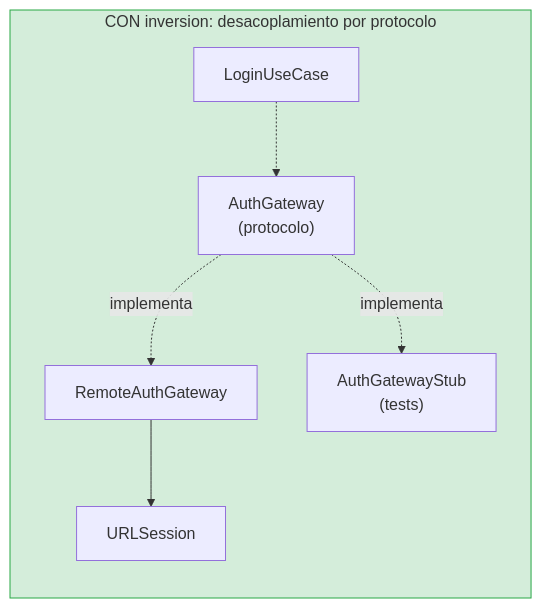
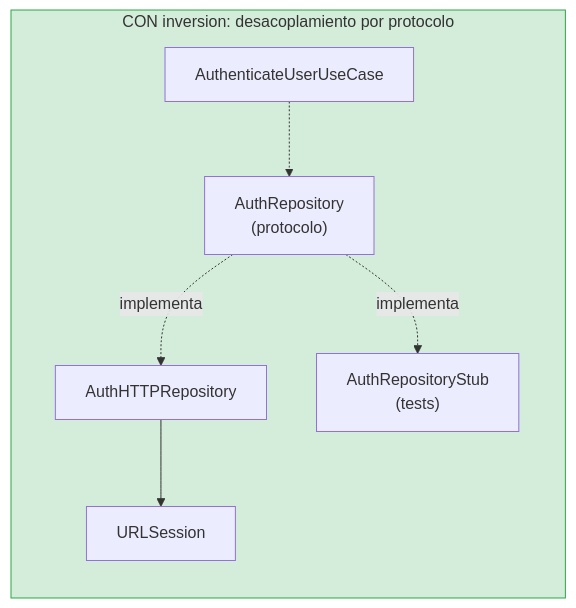
The third of 9 diagrams in anexos/diagramas/atlas-arquitectura.md (SwiftEnProfundidad/stack-my-architecture-ios), drawn with Mermaid before and after one commit. The commit also changed other lines of this file and 50 other files, not shown here.

````diff
--- a/anexos/diagramas/atlas-arquitectura.md
+++ b/anexos/diagramas/atlas-arquitectura.md
@@ -93,11 +93,11 @@
 ```mermaid
 graph LR
     subgraph CON_INV["CON inversion: desacoplamiento por protocolo"]
-        UC2["LoginUseCase"] -.-> PROTO["AuthGateway<br/>(protocolo)"]
-        PROTO -.->|"implementa"| RG2["RemoteAuthGateway"]
-        PROTO -.->|"implementa"| STUB["AuthGatewayStub<br/>(tests)"]
+        UC2["AuthenticateUserUseCase"] -.-> PROTO["AuthRepository<br/>(protocolo)"]
+        PROTO -.->|"implementa"| RG2["AuthHTTPRepository"]
+        PROTO -.->|"implementa"| STUB["AuthRepositoryStub<br/>(tests)"]
         RG2 --> URL2["URLSession"]
     end
 
     style CON_INV fill:#d4edda,stroke:#28a745
 ```
````
